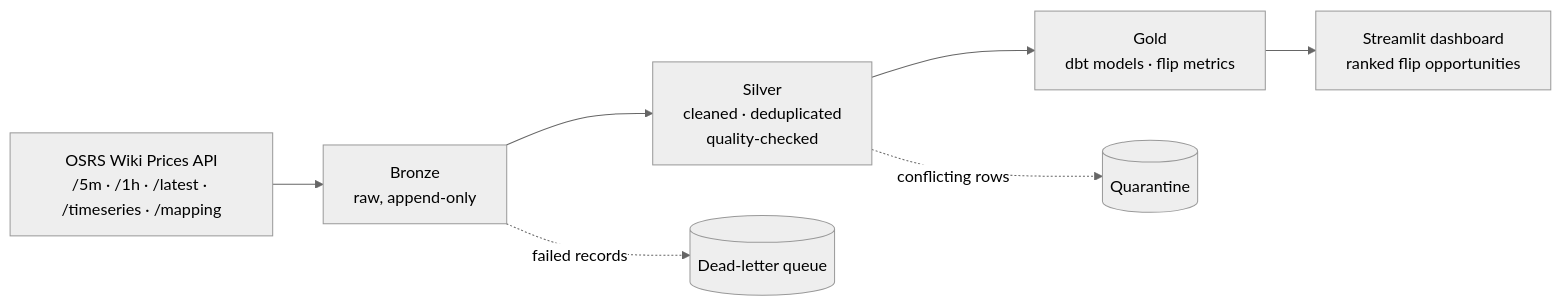
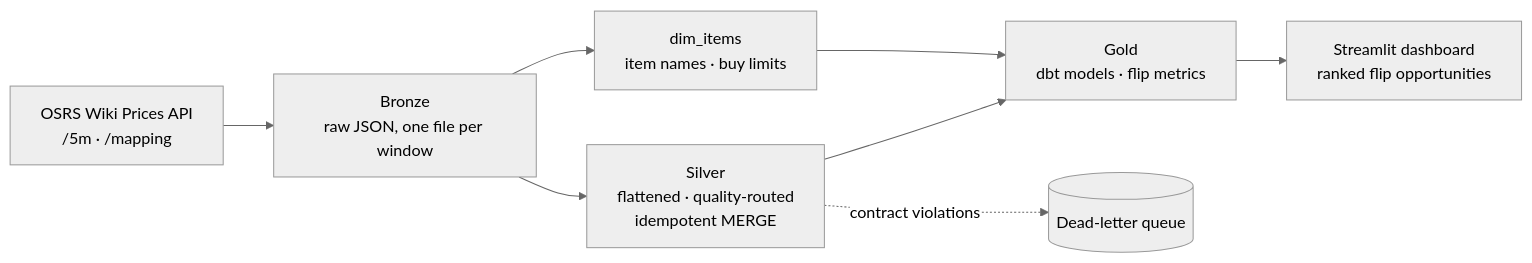
Before and after one commit to dshahz/osrs-ge-market-pipeline: the diagram in README.md, drawn with Mermaid (neutral theme). The commit also changed other lines of this file and 11 other files, not shown here.

````diff
--- a/README.md
+++ b/README.md
@@ -19,9 +20,10 @@
 ```mermaid
 flowchart LR
-    API["OSRS Wiki Prices API<br/>/5m · /1h · /latest · /timeseries · /mapping"] --> B["Bronze<br/>raw, append-only"]
-    B --> S["Silver<br/>cleaned · deduplicated<br/>quality-checked"]
+    API["OSRS Wiki Prices API<br/>/5m · /mapping"] --> B["Bronze<br/>raw JSON, one file per window"]
+    B --> S["Silver<br/>flattened · quality-routed<br/>idempotent MERGE"]
+    B --> DIM["dim_items<br/>item names · buy limits"]
     S --> G["Gold<br/>dbt models · flip metrics"]
+    DIM --> G
     G --> D["Streamlit dashboard<br/>ranked flip opportunities"]
-    B -. failed records .-> DLQ[("Dead-letter queue")]
-    S -. conflicting rows .-> Q[("Quarantine")]
+    S -. contract violations .-> DLQ[("Dead-letter queue")]
 ```
````
